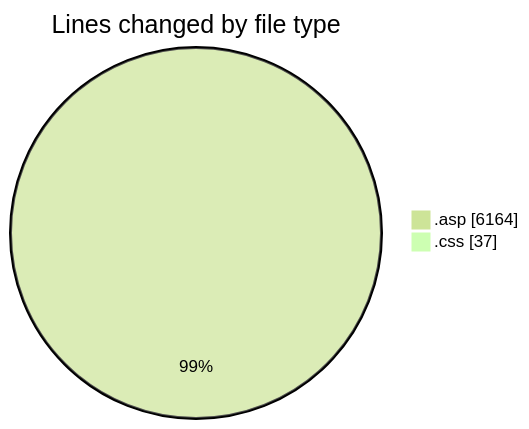
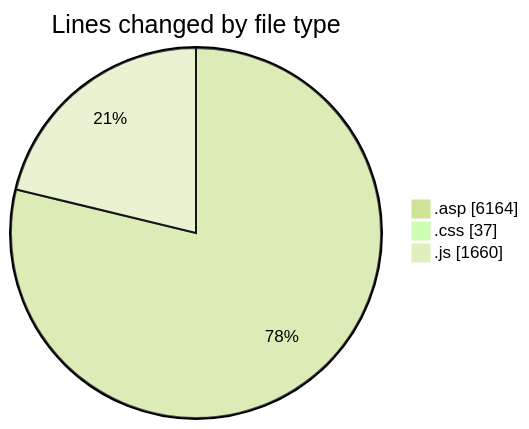
One commit to julien-gomy/code-tracking changed the first of 2 diagrams in 2025-11-02/cdp_aleoudev_fr__workspace_/README.md. Above: the diagram before and after it, drawn with Mermaid (forest theme). The commit also changed other lines of this file and 1 other file, not shown here.

````diff
--- a/2025-11-02/cdp_aleoudev_fr__workspace_/README.md
+++ b/2025-11-02/cdp_aleoudev_fr__workspace_/README.md
@@ -25,6 +26,7 @@
 ```mermaid
 pie showData
 title Lines changed by file type
 ".asp" : 6164
 ".css" : 37
+".js" : 1660
 ```
````
